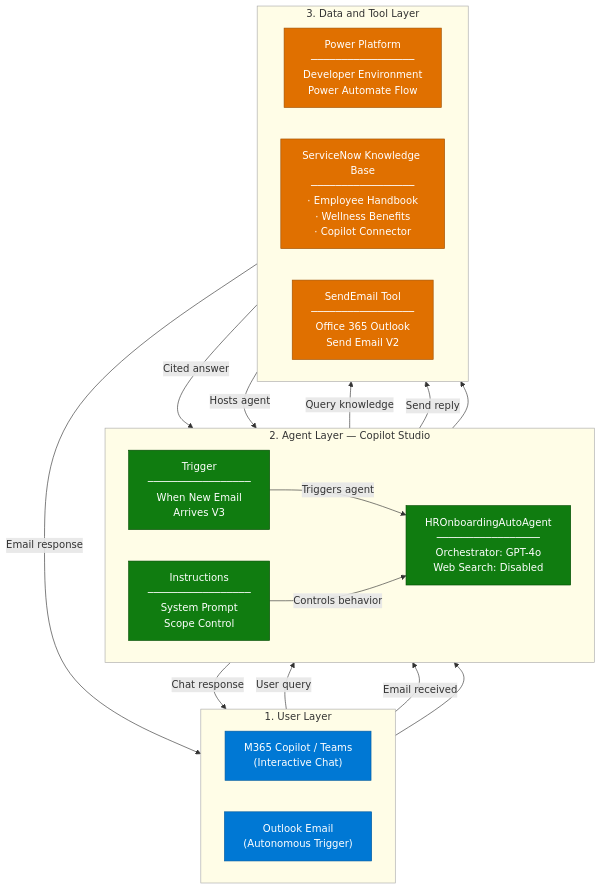
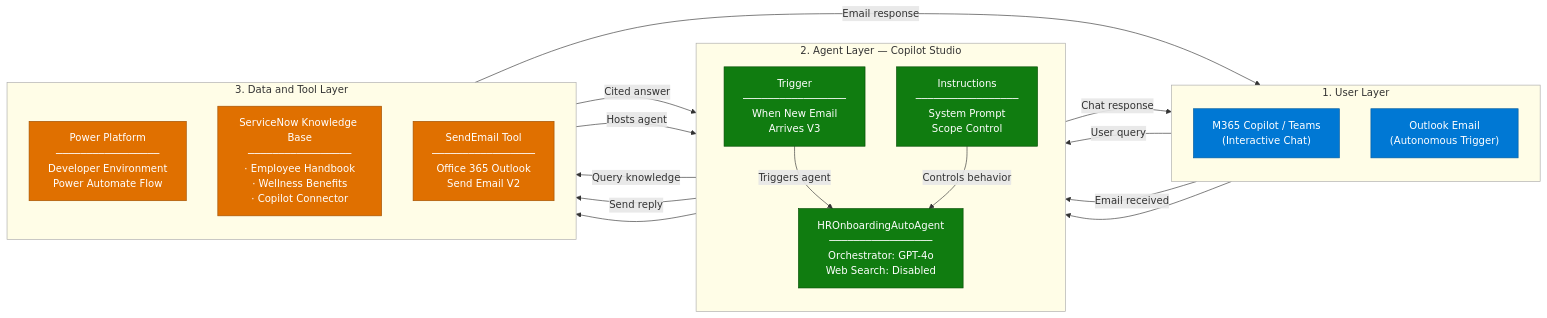
The first of 3 diagrams in 02-scenarios/HR-Onboarding-Agent/2. Architecture.md (Seungjin-Ryu/Cloud-Accelerate-Factory-for-Agents-Runbooks), drawn with Mermaid before and after one commit.

Commit message:
Update 2. Architecture.md

````diff
--- a/02-scenarios/HR-Onboarding-Agent/2. Architecture.md
+++ b/02-scenarios/HR-Onboarding-Agent/2. Architecture.md
@@ -11,48 +11,48 @@
 ```mermaid
-flowchart TB
+flowchart LR
     subgraph USER["1. User Layer"]
-        direction LR
+        direction TB
         U1["M365 Copilot / Teams<br/>(Interactive Chat)"]
         U2["Outlook Email<br/>(Autonomous Trigger)"]
     end
 
     subgraph AGENT["2. Agent Layer — Copilot Studio"]
-        direction LR
+        direction TB
         IN["Instructions<br/>─────────────────<br/>System Prompt<br/>Scope Control"]
         AG["HROnboardingAutoAgent<br/>─────────────────<br/>Orchestrator: GPT-4o<br/>Web Search: Disabled"]
         TR["Trigger<br/>─────────────────<br/>When New Email<br/>Arrives V3"]
     end
 
     subgraph DATA["3. Data and Tool Layer"]
-        direction LR
+        direction TB
         PP["Power Platform<br/>─────────────────<br/>Developer Environment<br/>Power Automate Flow"]
         KB["ServiceNow Knowledge Base<br/>─────────────────<br/>· Employee Handbook<br/>· Wellness Benefits<br/>· Copilot Connector"]
         TL["SendEmail Tool<br/>─────────────────<br/>Office 365 Outlook<br/>Send Email V2"]
     end
 
     USER --> AGENT
     AGENT --> DATA
 
     U1 -->|"User query"| AG
     U2 -->|"Email received"| TR
     TR -->|"Triggers agent"| AG
     IN -->|"Controls behavior"| AG
     AG -->|"Query knowledge"| KB
     KB -->|"Cited answer"| AG
     AG -->|"Send reply"| TL
     TL -->|"Email response"| U2
     AG -->|"Chat response"| U1
     PP -->|"Hosts agent"| AG
 
     style U1 fill:#0078D4,color:#fff,stroke:#005A9E
     style U2 fill:#0078D4,color:#fff,stroke:#005A9E
     style AG fill:#107C10,color:#fff,stroke:#004B00
     style TR fill:#107C10,color:#fff,stroke:#004B00
     style IN fill:#107C10,color:#fff,stroke:#004B00
     style KB fill:#E07000,color:#fff,stroke:#A05000
     style TL fill:#E07000,color:#fff,stroke:#A05000
     style PP fill:#E07000,color:#fff,stroke:#A05000
     style USER fill:#fffde7,stroke:#aaa
     style AGENT fill:#fffde7,stroke:#aaa
     style DATA fill:#fffde7,stroke:#aaa
 ```
````
